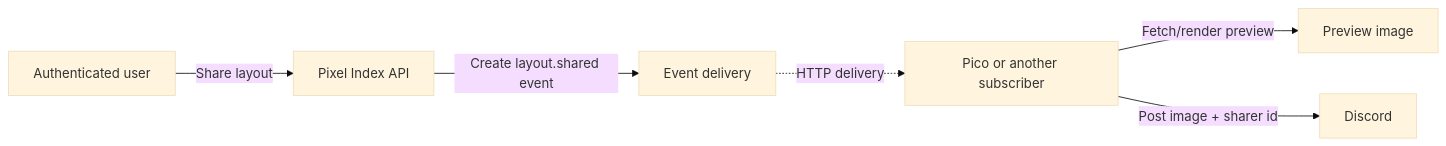
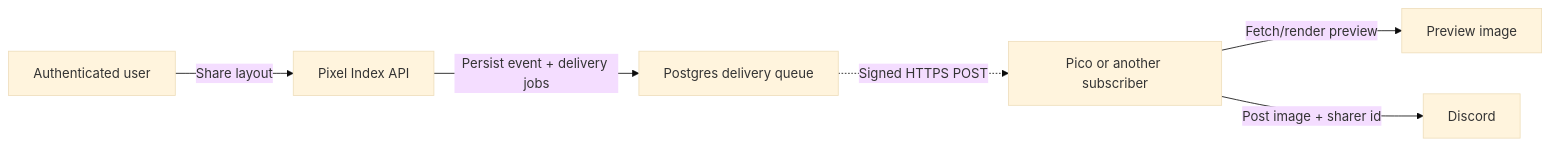
One commit to NNTin/pixel-index changed the diagram in docs/webhooks.md. Above: the diagram before and after it, drawn with Mermaid (base theme). The commit also changed other lines of this file and 35 other files, not shown here.

````diff
--- a/docs/webhooks.md
+++ b/docs/webhooks.md
@@ -15,8 +14,8 @@
 ```mermaid
 flowchart LR
     user["Authenticated user"] -->|"Share layout"| api["Pixel Index API"]
-    api -->|"Create layout.shared event"| delivery["Event delivery"]
-    delivery -. "HTTP delivery" .-> pico["Pico or another subscriber"]
+    api -->|"Persist event + delivery jobs"| delivery["Postgres delivery queue"]
+    delivery -. "Signed HTTPS POST" .-> pico["Pico or another subscriber"]
     pico -->|"Fetch/render preview"| preview["Preview image"]
     pico -->|"Post image + sharer id"| discord["Discord"]
 ```
````
